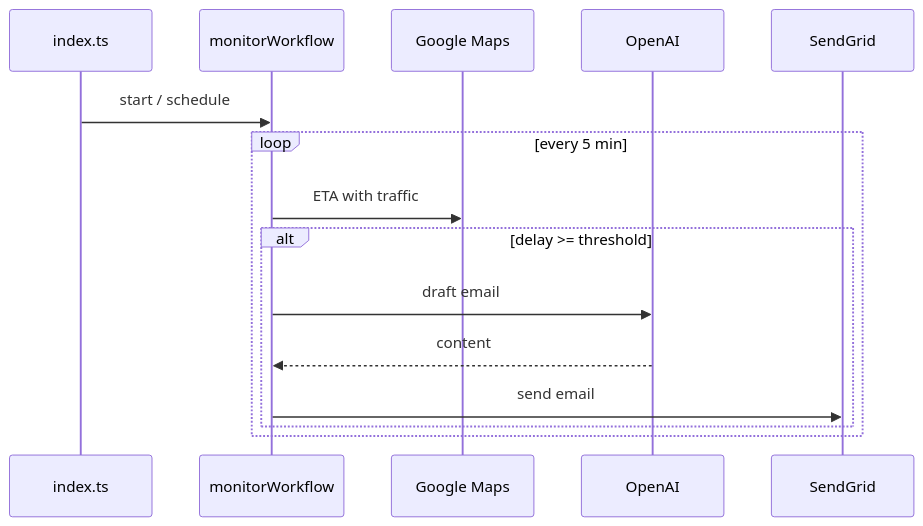
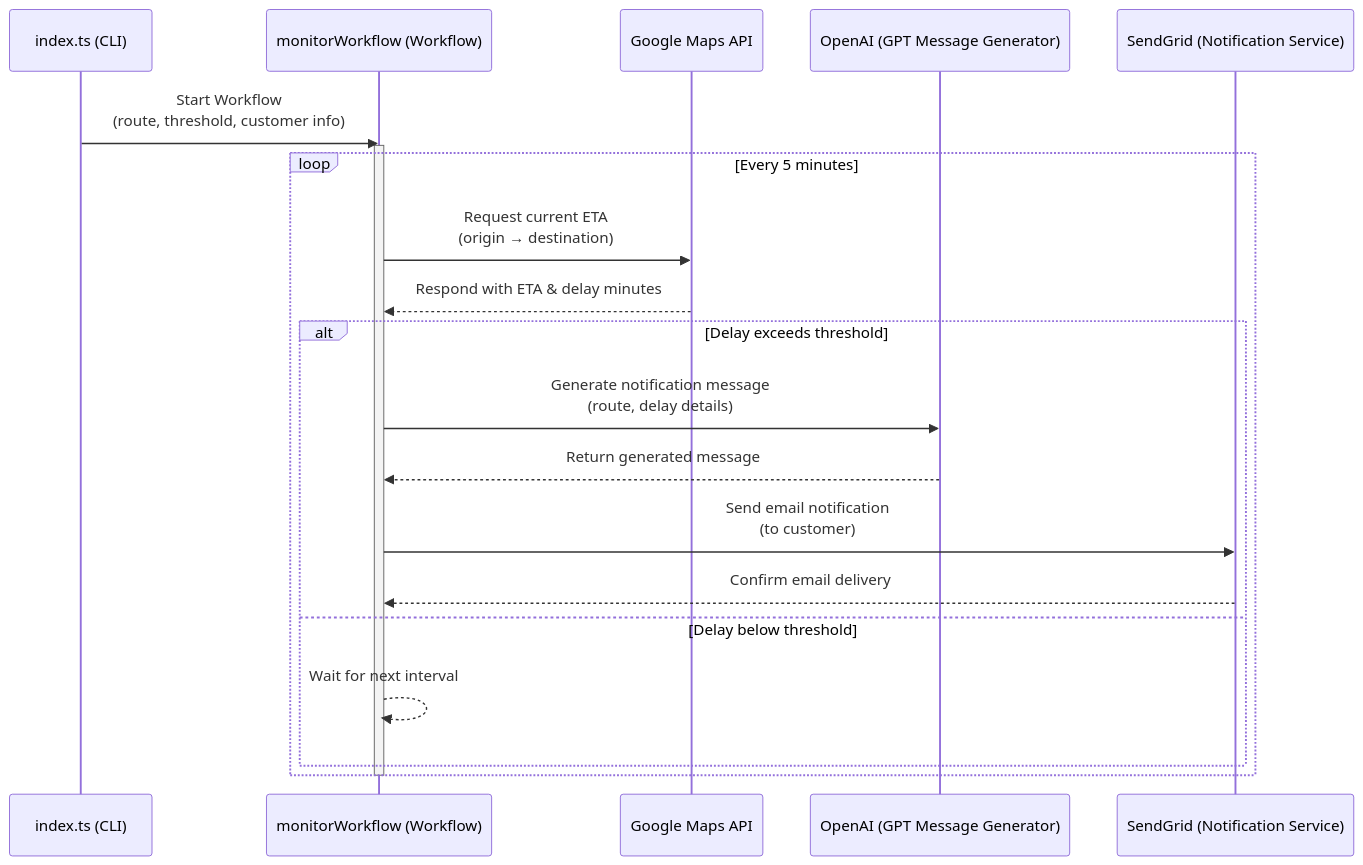
Before and after one commit to Christian8D/freight-delay-notifier-levityAI: the diagram in README.md, drawn with Mermaid. The commit also changed other lines of this file, not shown here.

Commit message:
New Diagram

````diff
--- a/README.md
+++ b/README.md
@@ -39,18 +39,27 @@
 ```mermaid
 sequenceDiagram
-    participant CLI as index.ts
-    participant WF as monitorWorkflow
-    participant Maps as Google Maps
-    participant OpenAI
-    participant SendGrid
+    participant CLI as index.ts (CLI)
+    participant WF as monitorWorkflow (Workflow)
+    participant Maps as Google Maps API
+    participant OpenAI as OpenAI (GPT Message Generator)
+    participant SendGrid as SendGrid (Notification Service)
 
-    CLI->>WF: start / schedule
-    loop every 5 min
-        WF->>Maps: ETA with traffic
-        alt delay >= threshold
-            WF->>OpenAI: draft email
-            OpenAI-->>WF: content
-            WF->>SendGrid: send email
+    CLI->>WF: Start Workflow<br/>(route, threshold, customer info)
+    activate WF
+    loop Every 5 minutes
+        WF->>Maps: Request current ETA<br/>(origin → destination)
+        Maps-->>WF: Respond with ETA & delay minutes
+        
+        alt Delay exceeds threshold
+            WF->>OpenAI: Generate notification message<br/>(route, delay details)
+            OpenAI-->>WF: Return generated message
+            
+            WF->>SendGrid: Send email notification<br/>(to customer)
+            SendGrid-->>WF: Confirm email delivery
+        else Delay below threshold
+            WF-->>WF: Wait for next interval
         end
     end
+    deactivate WF
+
 ```
````
